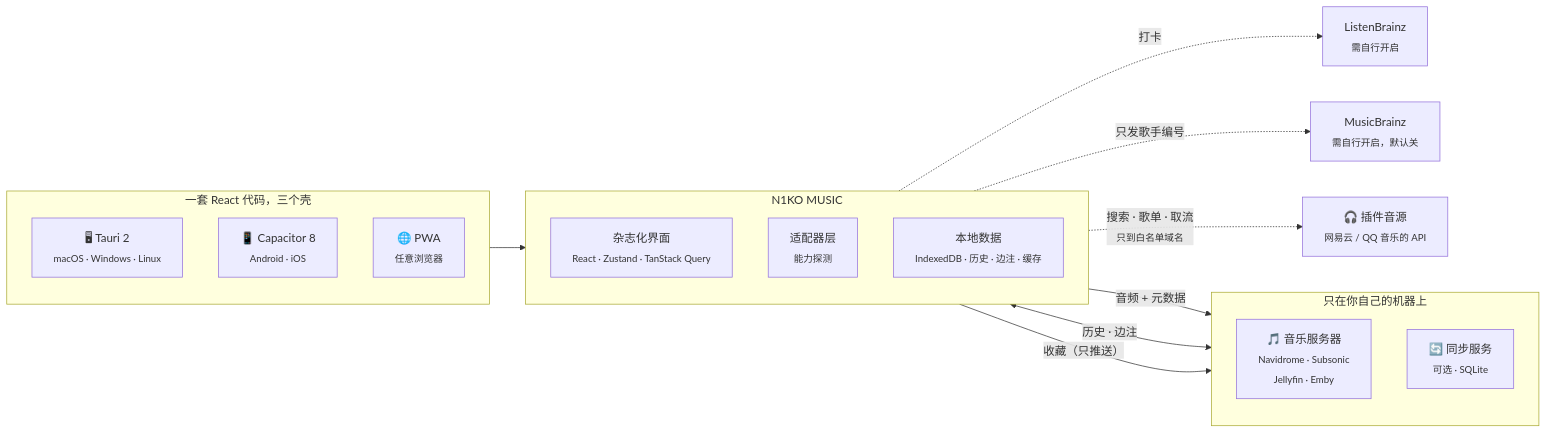
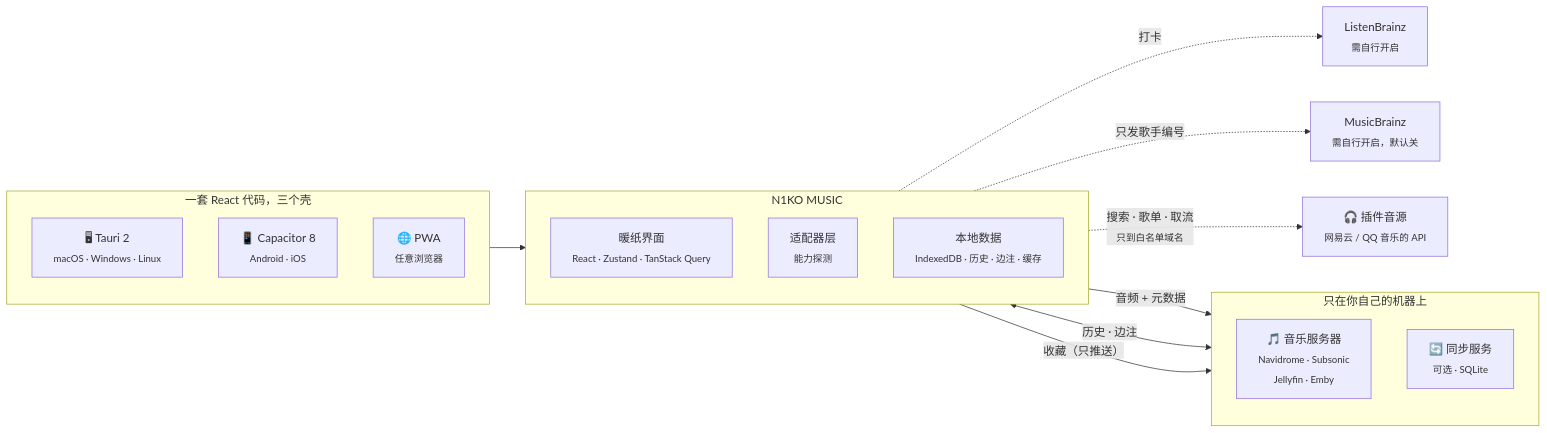
Before and after one commit to baogutang/N1KO-MUSIC: the diagram in README_CN.md, drawn with Mermaid. The commit also changed other lines of this file and 46 other files, not shown here.

First line of the commit message:
docs: README 与官网改成 v5 暖纸——去掉三皮肤与吉祥物，重拍截图，加 iPad / iPhone Duo 一节

````diff
--- a/README_CN.md
+++ b/README_CN.md
@@ -258,34 +269,34 @@
 ```mermaid
 flowchart LR
     subgraph shells["一套 React 代码，三个壳"]
         direction TB
         D["🖥 Tauri 2<br/><sub>macOS · Windows · Linux</sub>"]
         M["📱 Capacitor 8<br/><sub>Android · iOS</sub>"]
         W["🌐 PWA<br/><sub>任意浏览器</sub>"]
     end
 
     subgraph app["N1KO MUSIC"]
         direction TB
-        UI["杂志化界面<br/><sub>React · Zustand · TanStack Query</sub>"]
+        UI["暖纸界面<br/><sub>React · Zustand · TanStack Query</sub>"]
         AD["适配器层<br/><sub>能力探测</sub>"]
         LO["本地数据<br/><sub>IndexedDB · 历史 · 边注 · 缓存</sub>"]
     end
 
     subgraph yours["只在你自己的机器上"]
         direction TB
         S["🎵 音乐服务器<br/><sub>Navidrome · Subsonic<br/>Jellyfin · Emby</sub>"]
         B["🔄 同步服务<br/><sub>可选 · SQLite</sub>"]
     end
 
     shells --> app
     AD -->|"音频 + 元数据"| S
     LO <-->|"历史 · 边注"| B
     LO -->|"收藏（只推送）"| B
 
     LB["ListenBrainz<br/><sub>需自行开启</sub>"]
     MB["MusicBrainz<br/><sub>需自行开启，默认关</sub>"]
     P["🎧 插件音源<br/><sub>网易云 / QQ 音乐的 API</sub>"]
     LO -.->|"打卡"| LB
     AD -.->|"只发歌手编号"| MB
     AD -.->|"搜索 · 歌单 · 取流<br/><sub>只到白名单域名</sub>"| P
 ```
````
